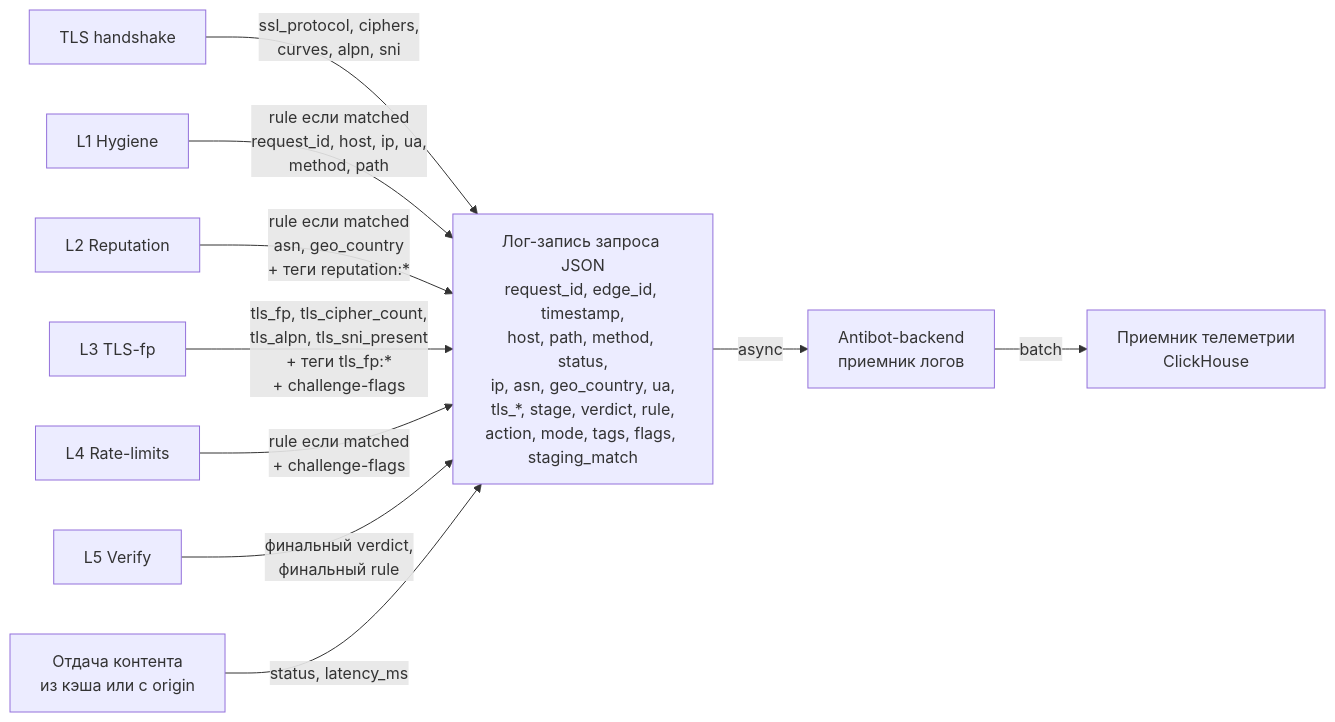
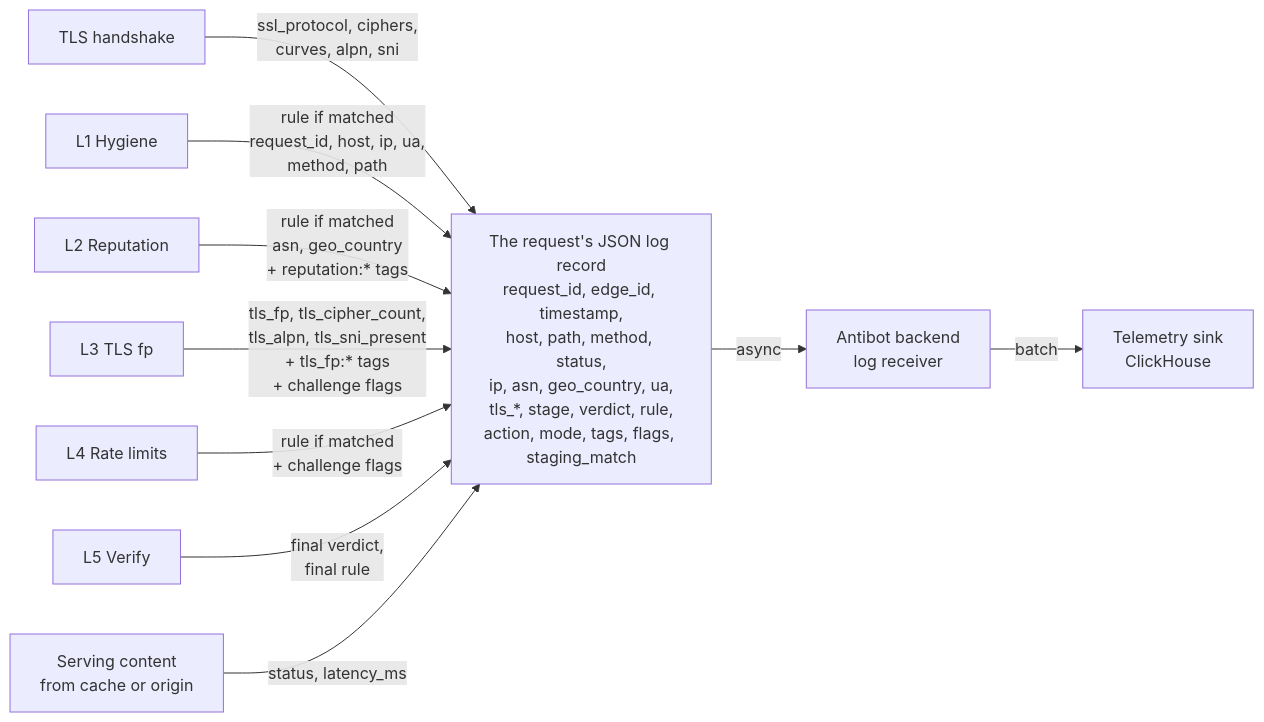
Before and after one commit to tabularasa31/bot-abuse-controls: the third of 5 diagrams in docs/product/cascade-diagrams.md, drawn with Mermaid. The commit also changed other lines of this file, not shown here.

Commit message:
docs(product): translate cascade diagrams (10/n)

````diff
--- a/docs/product/cascade-diagrams.md
+++ b/docs/product/cascade-diagrams.md
@@ -162,15 +175,15 @@
 ```mermaid
 flowchart LR
     L0[TLS handshake] -->|ssl_protocol, ciphers,<br/>curves, alpn, sni| Rec
-    L1[L1 Hygiene] -->|rule если matched<br/>request_id, host, ip, ua,<br/>method, path| Rec
-    L2[L2 Reputation] -->|rule если matched<br/>asn, geo_country<br/>+ теги reputation:*| Rec
-    L3[L3 TLS-fp] -->|tls_fp, tls_cipher_count,<br/>tls_alpn, tls_sni_present<br/>+ теги tls_fp:*<br/>+ challenge-flags| Rec
-    L4[L4 Rate-limits] -->|rule если matched<br/>+ challenge-flags| Rec
-    L5[L5 Verify] -->|финальный verdict,<br/>финальный rule| Rec
-    Cache[Отдача контента<br/>из кэша или с origin] -->|status, latency_ms| Rec
+    L1[L1 Hygiene] -->|rule if matched<br/>request_id, host, ip, ua,<br/>method, path| Rec
+    L2[L2 Reputation] -->|rule if matched<br/>asn, geo_country<br/>+ reputation:* tags| Rec
+    L3[L3 TLS fp] -->|tls_fp, tls_cipher_count,<br/>tls_alpn, tls_sni_present<br/>+ tls_fp:* tags<br/>+ challenge flags| Rec
+    L4[L4 Rate limits] -->|rule if matched<br/>+ challenge flags| Rec
+    L5[L5 Verify] -->|final verdict,<br/>final rule| Rec
+    Cache[Serving content<br/>from cache or origin] -->|status, latency_ms| Rec
 
-    Rec[Лог-запись запроса JSON<br/>request_id, edge_id, timestamp,<br/>host, path, method, status,<br/>ip, asn, geo_country, ua,<br/>tls_*, stage, verdict, rule,<br/>action, mode, tags, flags, staging_match]
+    Rec[The request's JSON log record<br/>request_id, edge_id, timestamp,<br/>host, path, method, status,<br/>ip, asn, geo_country, ua,<br/>tls_*, stage, verdict, rule,<br/>action, mode, tags, flags, staging_match]
 
-    Rec -->|async| Backend[Antibot-backend<br/>приемник логов]
-    Backend -->|batch| Telemetry[Приемник телеметрии<br/>ClickHouse]
+    Rec -->|async| Backend[Antibot backend<br/>log receiver]
+    Backend -->|batch| Telemetry[Telemetry sink<br/>ClickHouse]
 ```
````
